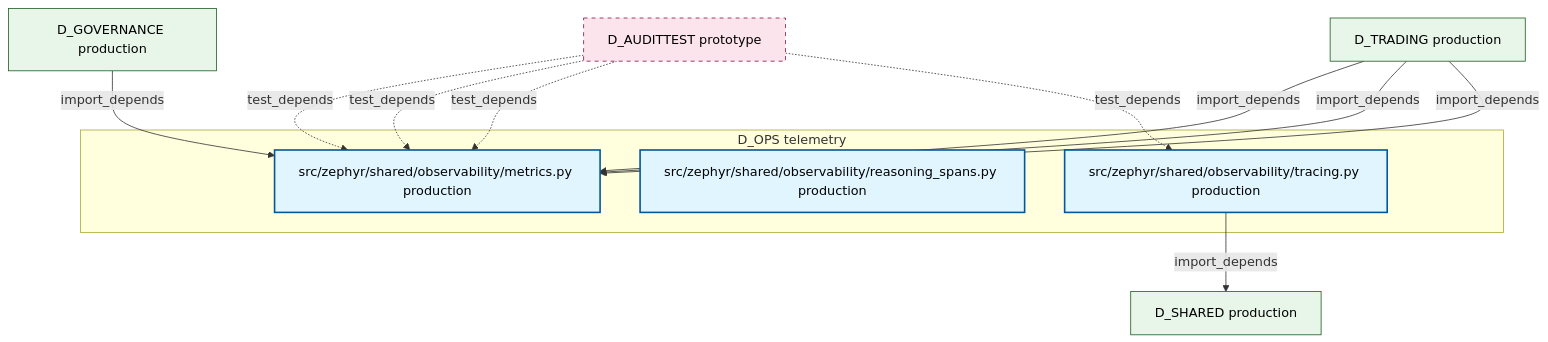
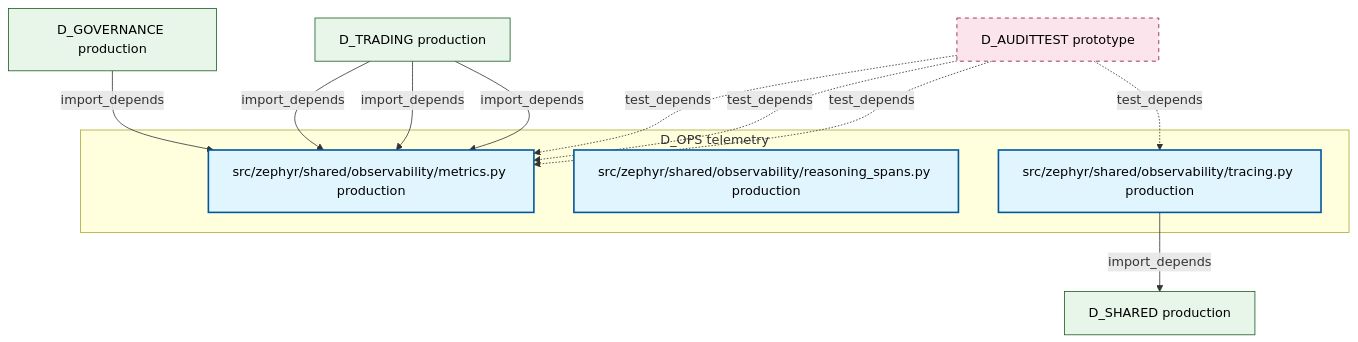
The diagram in docs/02_enterprise_architecture/02_domain_architecture_docs/15_d_ops.md (xuanFelixVan/ZephyrAlpha), drawn with Mermaid before and after one commit. The commit also changed other lines of this file and 99 other files, not shown here.

````diff
--- a/docs/02_enterprise_architecture/02_domain_architecture_docs/15_d_ops.md
+++ b/docs/02_enterprise_architecture/02_domain_architecture_docs/15_d_ops.md
@@ -47,28 +47,28 @@
 ```mermaid
 graph TD
     subgraph D_OPS["D_OPS telemetry"]
         src_zephyr_shared_observability_metrics_py["src/zephyr/shared/observability/metrics.py production"]
         src_zephyr_shared_observability_reasoning_spans_py["src/zephyr/shared/observability/reasoning_spans.py production"]
         src_zephyr_shared_observability_tracing_py["src/zephyr/shared/observability/tracing.py production"]
     end
     D_SHARED["D_SHARED production"]
     src_zephyr_shared_observability_tracing_py -->|import_depends| D_SHARED
-    D_TRADING["D_TRADING production"]
-    D_TRADING -->|import_depends| src_zephyr_shared_observability_metrics_py
     D_AUDITTEST["D_AUDITTEST prototype"]
     D_AUDITTEST -.->|test_depends| src_zephyr_shared_observability_metrics_py
     D_AUDITTEST -.->|test_depends| src_zephyr_shared_observability_metrics_py
+    D_AUDITTEST -.->|test_depends| src_zephyr_shared_observability_metrics_py
+    D_TRADING["D_TRADING production"]
+    D_TRADING -->|import_depends| src_zephyr_shared_observability_metrics_py
+    D_TRADING -->|import_depends| src_zephyr_shared_observability_metrics_py
+    D_TRADING -->|import_depends| src_zephyr_shared_observability_metrics_py
     D_GOVERNANCE["D_GOVERNANCE production"]
     D_GOVERNANCE -->|import_depends| src_zephyr_shared_observability_metrics_py
-    D_AUDITTEST -.->|test_depends| src_zephyr_shared_observability_metrics_py
-    D_TRADING -->|import_depends| src_zephyr_shared_observability_metrics_py
-    D_TRADING -->|import_depends| src_zephyr_shared_observability_metrics_py
     D_AUDITTEST -.->|test_depends| src_zephyr_shared_observability_tracing_py
     classDef production fill:#e1f5fe,stroke:#01579b,stroke-width:2px,color:#000
     classDef design fill:#fff3e0,stroke:#e65100,stroke-width:2px,color:#000,stroke-dasharray: 5 5
     classDef external_prod fill:#e8f5e9,stroke:#1b5e20,stroke-width:1px,color:#000
     classDef external_design fill:#fce4ec,stroke:#880e4f,stroke-width:1px,color:#000,stroke-dasharray: 5 5
     class src_zephyr_shared_observability_metrics_py,src_zephyr_shared_observability_reasoning_spans_py,src_zephyr_shared_observability_tracing_py production
     class D_SHARED,D_TRADING,D_GOVERNANCE external_prod
     class D_AUDITTEST external_design
 ```
````
